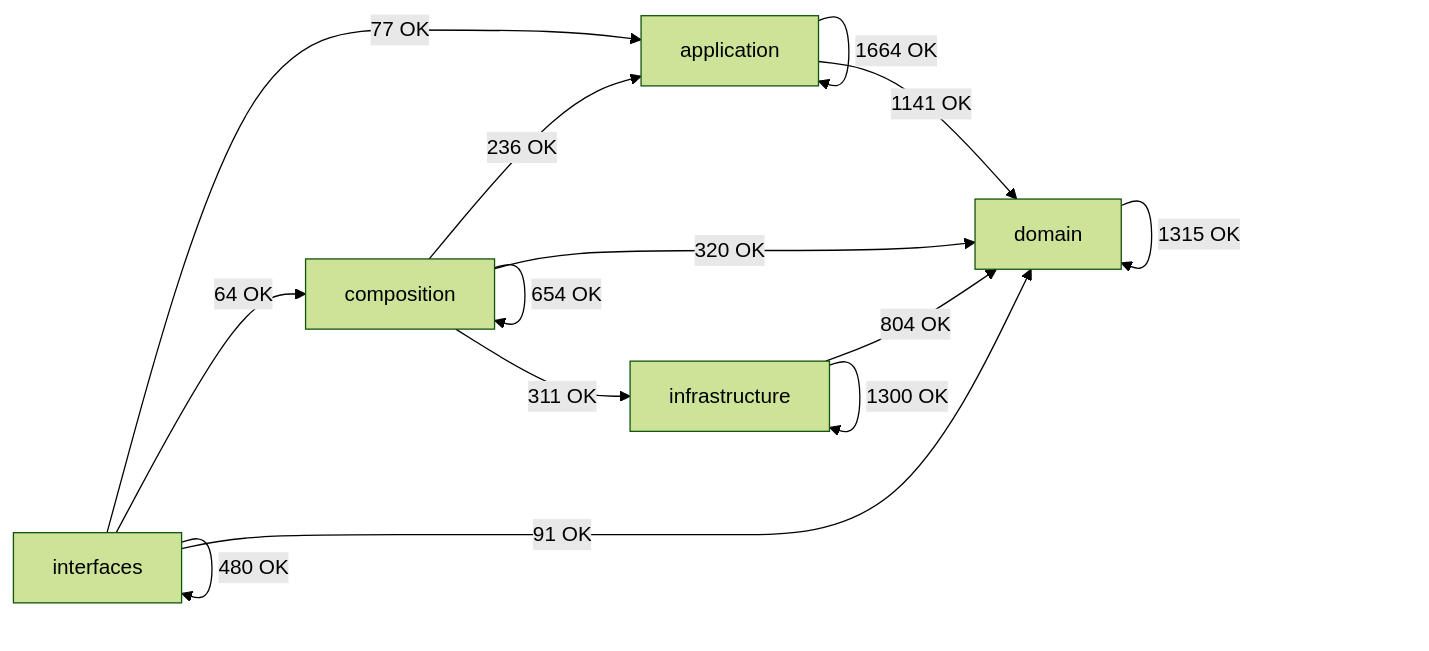
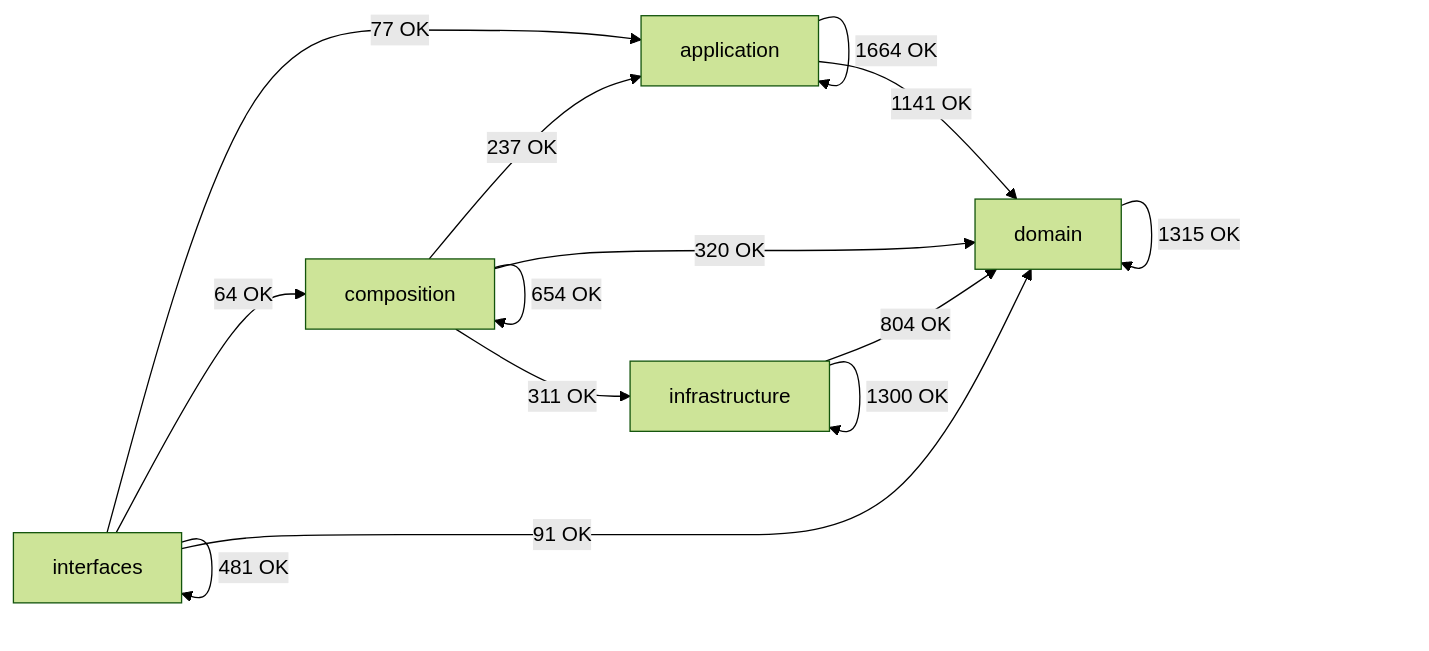
One commit to SatoryKono/BioactivityDataAcquisition changed the diagram in docs/02-architecture/generated/module-dependency-map.md. Above: the diagram before and after it, drawn with Mermaid (forest theme). The commit also changed other lines of this file and 1 other file, not shown here.

First line of the commit message:
docs(architecture): rebind dependency map after mypy tip

````diff
--- a/docs/02-architecture/generated/module-dependency-map.md
+++ b/docs/02-architecture/generated/module-dependency-map.md
@@ -17,21 +17,21 @@
 ```mermaid
 flowchart LR
     domain[domain]
     application[application]
     infrastructure[infrastructure]
     composition[composition]
     interfaces[interfaces]
     application -->|1664 OK| application
     application -->|1141 OK| domain
-    composition -->|236 OK| application
+    composition -->|237 OK| application
     composition -->|654 OK| composition
     composition -->|320 OK| domain
     composition -->|311 OK| infrastructure
     domain -->|1315 OK| domain
     infrastructure -->|804 OK| domain
     infrastructure -->|1300 OK| infrastructure
     interfaces -->|77 OK| application
     interfaces -->|64 OK| composition
     interfaces -->|91 OK| domain
-    interfaces -->|480 OK| interfaces
+    interfaces -->|481 OK| interfaces
 ```
````
